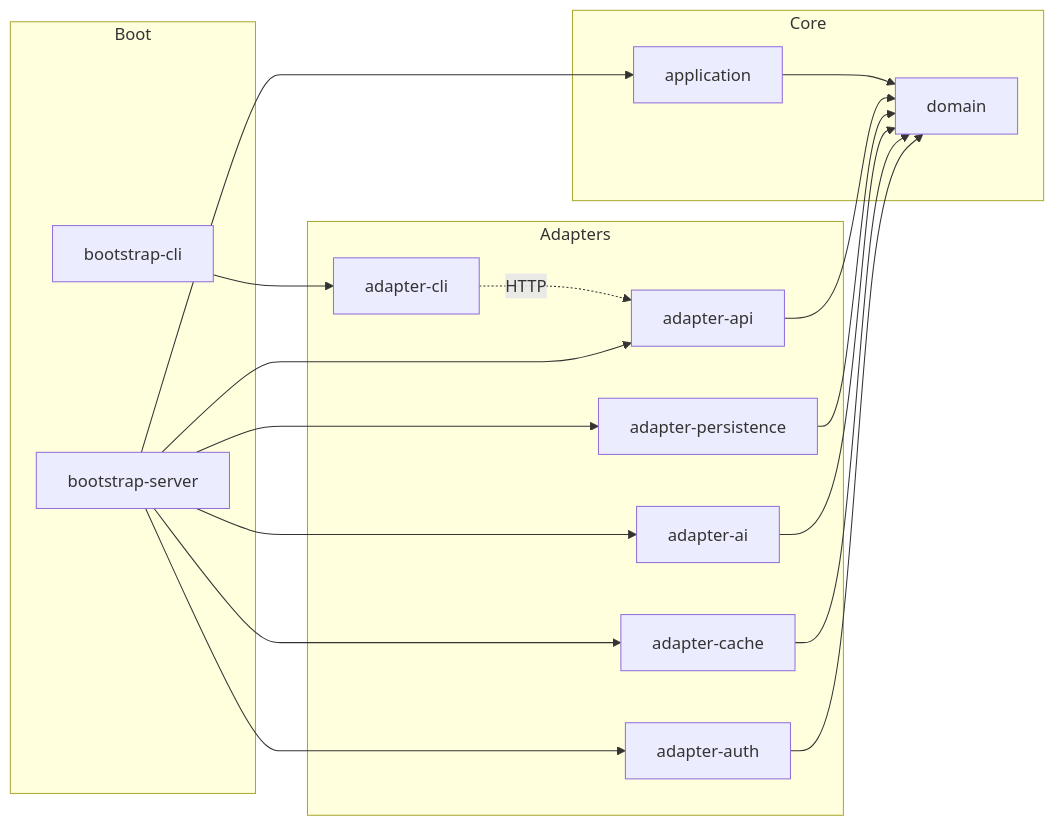
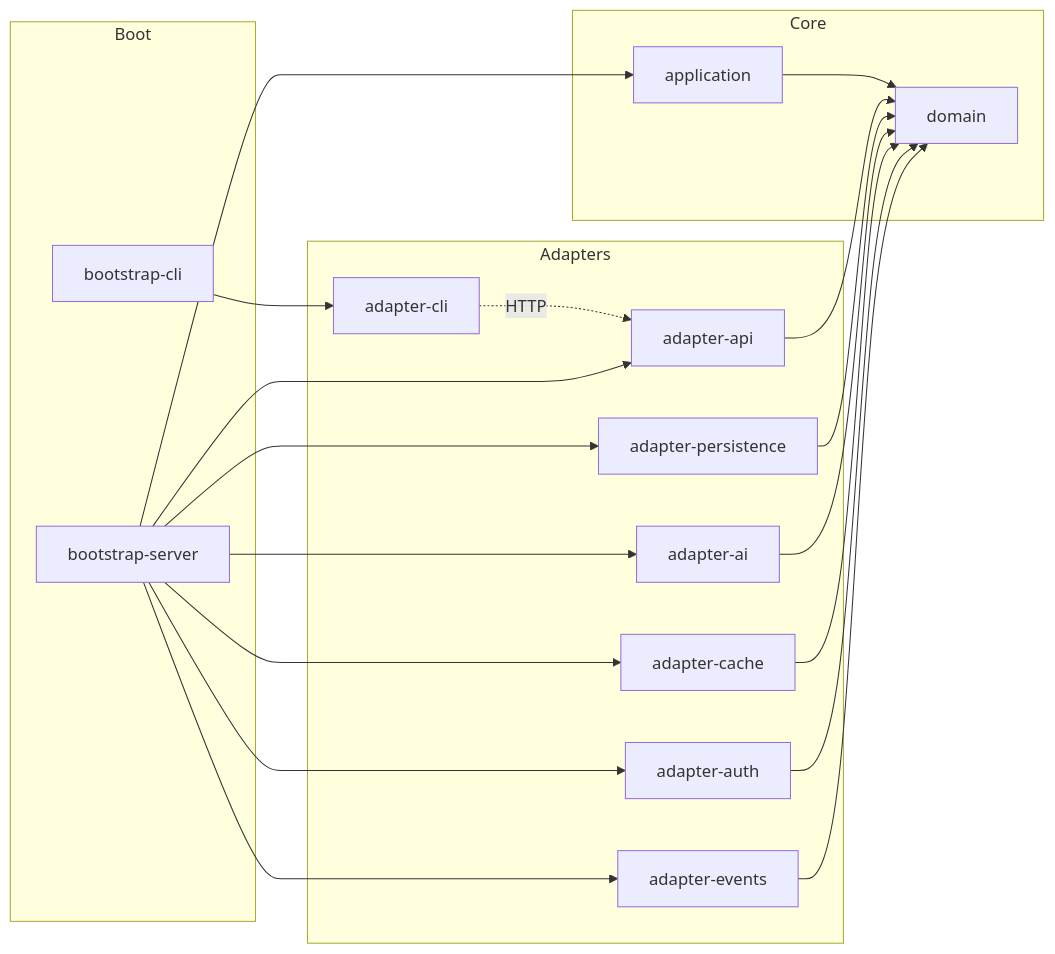
The first of 3 diagrams in README.md (JuanPabloJimenezEsclusa/alexandra-job-tracker), drawn with Mermaid before and after one commit. The commit also changed other lines of this file and 42 other files, not shown here.

Commit message:
refactor(adapter): extract event handling into adapter-events module

````diff
--- a/README.md
+++ b/README.md
@@ -95,27 +94,28 @@
 ```mermaid
 flowchart LR
   subgraph bootstrap [Boot]
     bootstrap-server
     bootstrap-cli
   end
 
   subgraph core [Core]
     domain
     application
   end
 
   subgraph adapters [Adapters]
     adapter-api
     adapter-auth
     adapter-persistence
     adapter-ai
     adapter-cache
     adapter-cli
+    adapter-events
   end
 
   application --> domain
   adapter-cli -.-> |HTTP| adapter-api
-  bootstrap-server --> adapter-api & application & adapter-persistence & adapter-ai & adapter-cache & adapter-auth
-  adapter-api & adapter-persistence & adapter-ai & adapter-cache & adapter-auth --> domain
+  bootstrap-server --> adapter-api & application & adapter-persistence & adapter-ai & adapter-cache & adapter-auth & adapter-events
+  adapter-api & adapter-persistence & adapter-ai & adapter-cache & adapter-auth & adapter-events --> domain
   bootstrap-cli --> adapter-cli
 ```
````
